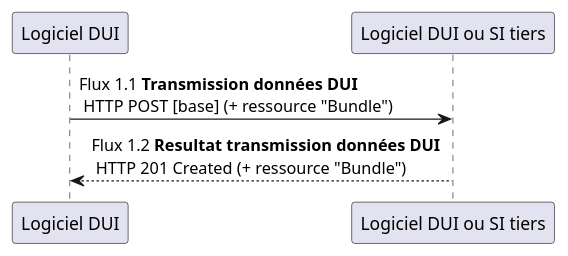
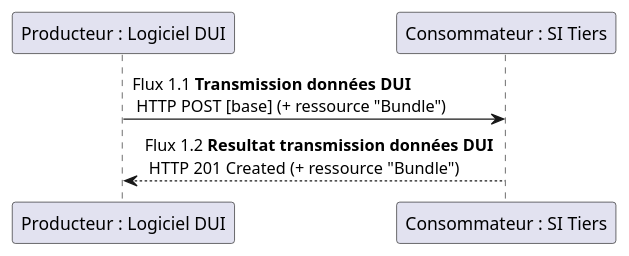
One commit to ansforge/IG-fhir-medicosocial-transfert-donnees-dui changed the diagram in input/images-source/flux1.plantuml. Above: the diagram before and after it, drawn with PlantUML. The commit also changed 4 other files, not shown here.

```diff
--- a/input/images-source/flux1.plantuml
+++ b/input/images-source/flux1.plantuml
@@ -1,6 +1,6 @@
 @startuml
 
-"Logiciel DUI" -> "Logiciel DUI ou SI tiers" : Flux 1.1 **Transmission données DUI** \n HTTP POST [base] (+ ressource "Bundle")
-"Logiciel DUI" <-- "Logiciel DUI ou SI tiers" : Flux 1.2 **Resultat transmission données DUI** \n HTTP 201 Created (+ ressource "Bundle")
+"Producteur : Logiciel DUI" -> "Consommateur : SI Tiers" : Flux 1.1 **Transmission données DUI** \n HTTP POST [base] (+ ressource "Bundle")
+"Producteur : Logiciel DUI" <-- "Consommateur : SI Tiers" : Flux 1.2 **Resultat transmission données DUI** \n HTTP 201 Created (+ ressource "Bundle")
 
 @enduml
```
